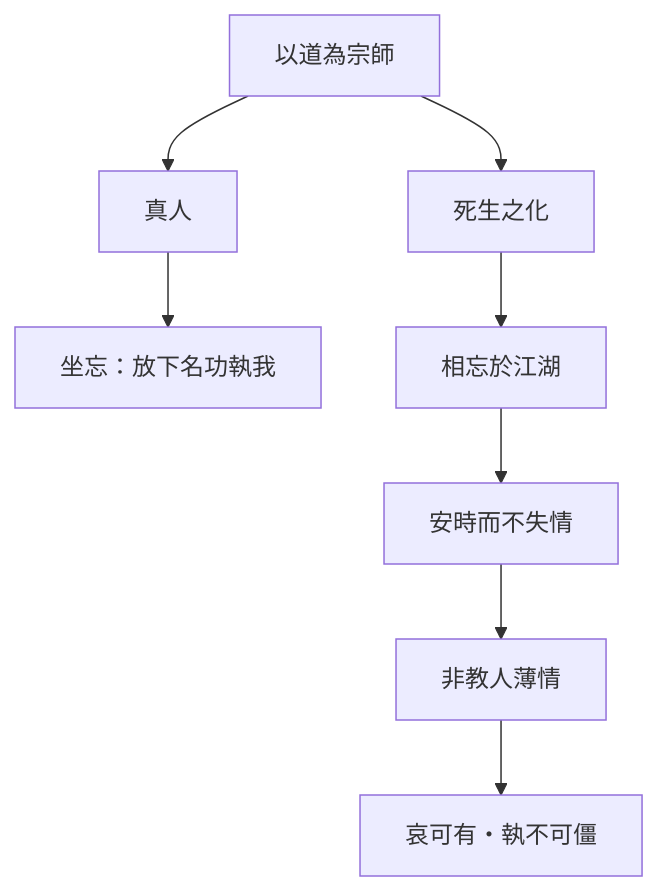
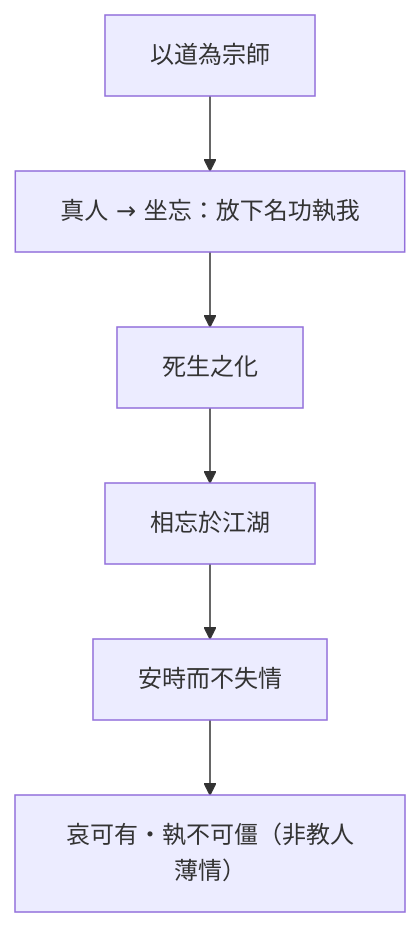
One commit to show0621/zhuangzi-atlas changed the diagram in content/chapters/01-內篇/06-大宗師.md. Above: the diagram before and after it, drawn with Mermaid. The commit also changed other lines of this file and 35 other files, not shown here.

First line of the commit message:
fix(print): 全書心智圖改單欄並獨頁放大

````diff
--- a/content/chapters/01-內篇/06-大宗師.md
+++ b/content/chapters/01-內篇/06-大宗師.md
@@ -243,10 +243,9 @@
 ```mermaid
 flowchart TB
-  D[以道為宗師] --> Z[真人]
-  Z --> S[坐忘：放下名功執我]
-  D --> H[死生之化]
-  H --> X[相忘於江湖]
-  X --> A[安時而不失情]
-  A --> N[非教人薄情]
-  N --> R[哀可有・執不可僵]
+  D["以道為宗師"]
+  D --> Z["真人 → 坐忘：放下名功執我"]
+  Z --> H["死生之化"]
+  H --> X["相忘於江湖"]
+  X --> A["安時而不失情"]
+  A --> R["哀可有・執不可僵（非教人薄情）"]
 ```
````
